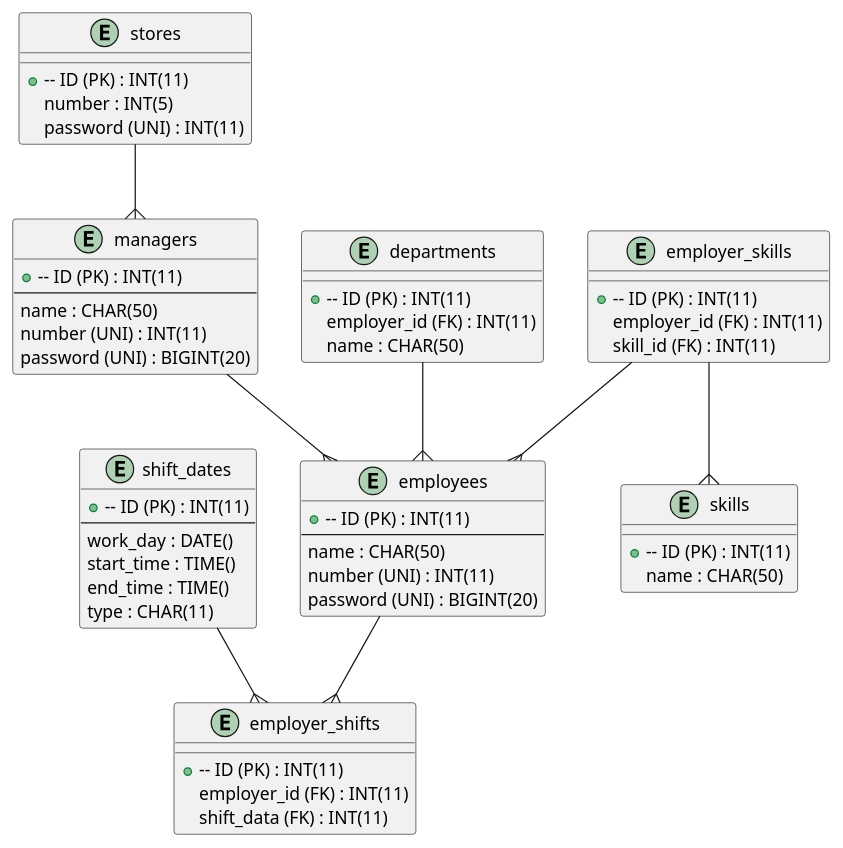
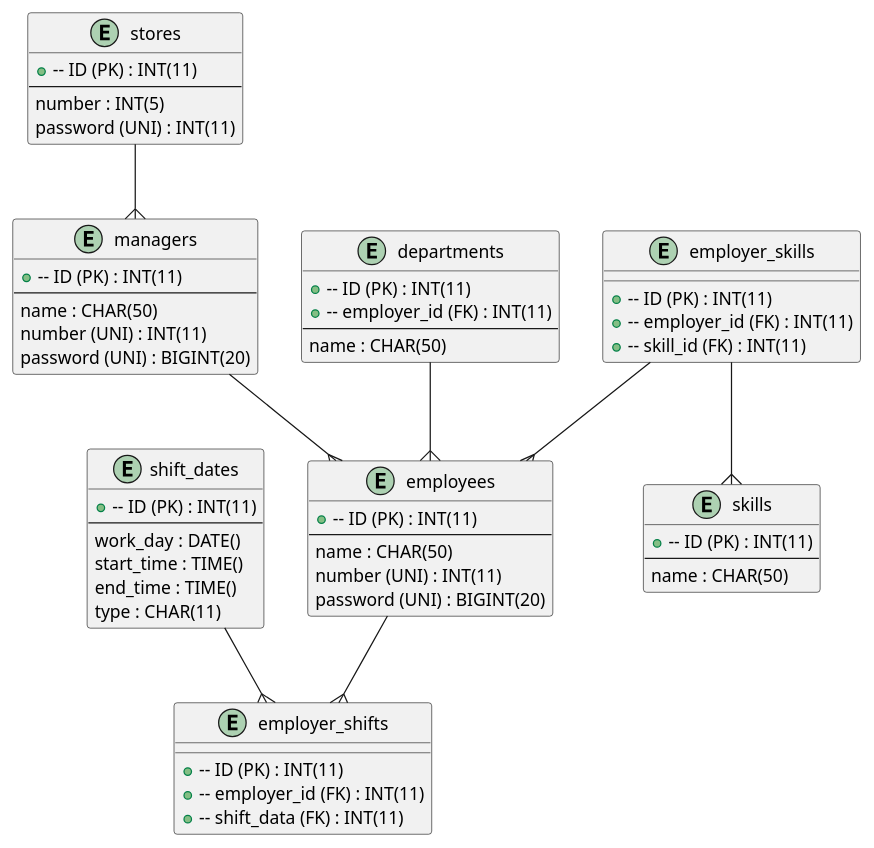
One commit to kokimoriguchi/portfolio_detail changed the diagram in ER.pu. Above: the diagram before and after it, drawn with PlantUML. The commit also changed 1 other file, not shown here.

Commit message:
ER図修正

```diff
--- a/ER.pu
+++ b/ER.pu
@@ -1,65 +1,68 @@
 @startuml ER
 
 entity "employees" as employees {
   +-- ID (PK) : INT(11)
   --
   name : CHAR(50)
   number (UNI) : INT(11)
   password (UNI) : BIGINT(20)
 }
 
 entity "managers" as managers {
   +-- ID (PK) : INT(11)
   --
   name : CHAR(50)
   number (UNI) : INT(11)
   password (UNI) : BIGINT(20)
 }
 
 entity "shift_dates" as shift_dates {
   +-- ID (PK) : INT(11)
   --
   work_day : DATE()
   start_time : TIME()
   end_time : TIME()
   type : CHAR(11)
 }
 
 entity "employer_shifts" as employer_shifts {
   +-- ID (PK) : INT(11)
-  employer_id (FK) : INT(11)
-  shift_data (FK) : INT(11)
+  +-- employer_id (FK) : INT(11)
+  +-- shift_data (FK) : INT(11)
 }
 
 entity "departments" as departments {
   +-- ID (PK) : INT(11)
-  employer_id (FK) : INT(11)
+  +-- employer_id (FK) : INT(11)
+  --
   name : CHAR(50)
 }
 
 entity "skills" as skills {
   +-- ID (PK) : INT(11)
+  --
   name : CHAR(50)
 }
 
 entity "employer_skills" as employer_skills {
   +-- ID (PK) : INT(11)
-  employer_id (FK) : INT(11)
-  skill_id (FK) : INT(11)
+  +-- employer_id (FK) : INT(11)
+  +-- skill_id (FK) : INT(11)
 }
 
 entity "stores" as stores {
   +-- ID (PK) : INT(11)
+  --
   number : INT(5)
   password (UNI) : INT(11)
 }
 
 stores --{ managers
 managers --{ employees
 employees --{ employer_shifts
 shift_dates -d-{ employer_shifts
 employer_skills --{ employees
 employer_skills --{ skills
 departments --{ employees
 
 @enduml
```
